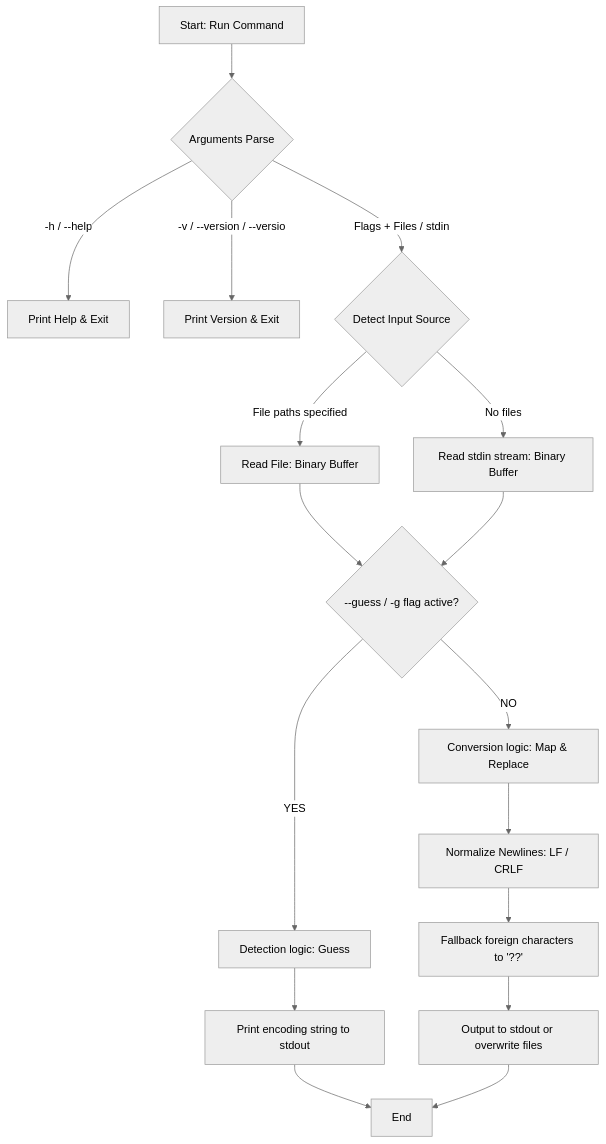
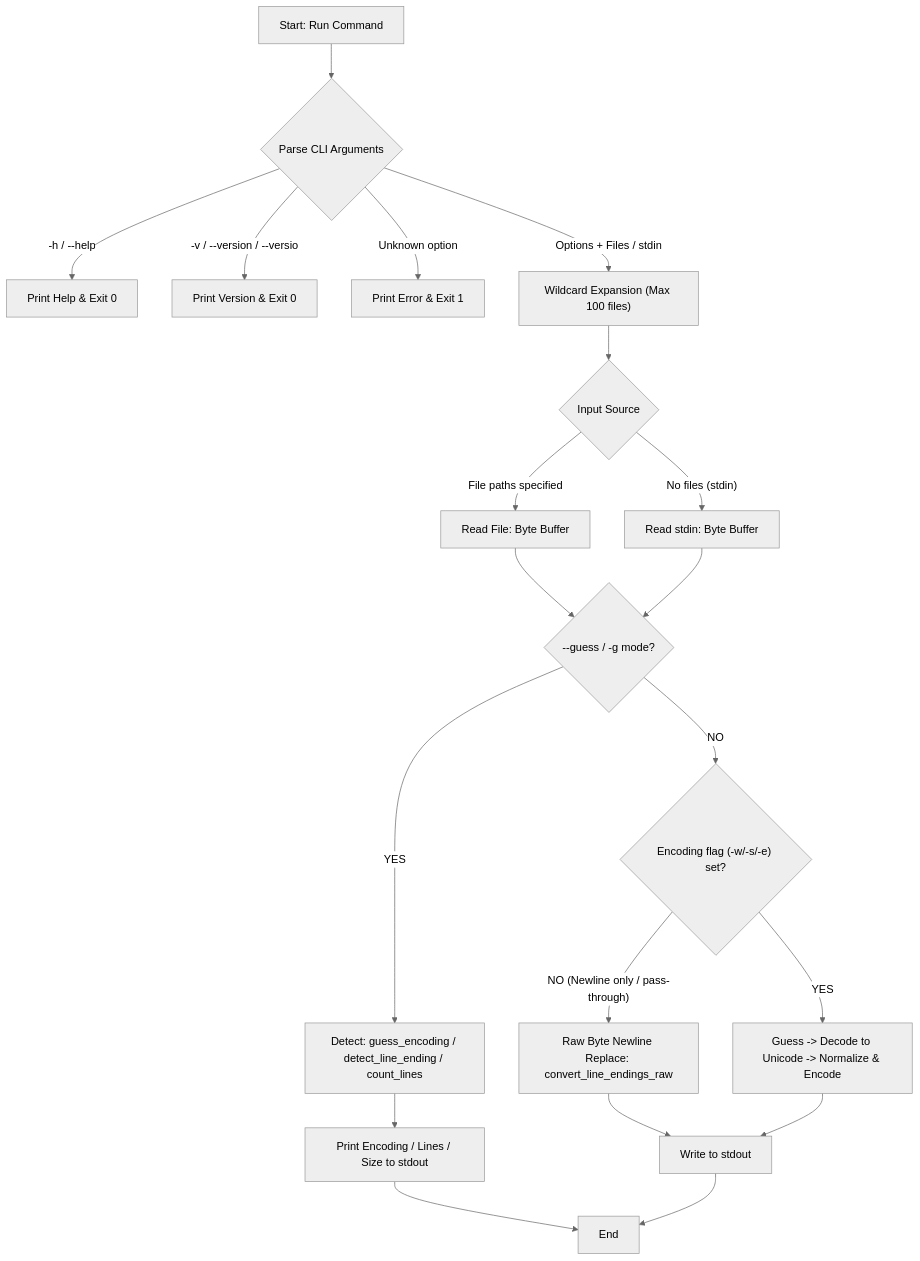
One commit to tkshnkgwr/MyNKF changed the first of 2 diagrams in docs/en/DIAGRAM.md. Above: the diagram before and after it, drawn with Mermaid (neutral theme). The commit also changed other lines of this file and 28 other files, not shown here.

````diff
--- a/docs/en/DIAGRAM.md
+++ b/docs/en/DIAGRAM.md
@@ -13,31 +13,32 @@
 ```mermaid
 graph TD
-    A[Start: Run Command] --> B{Arguments Parse}
+    A["Start: Run Command"] --> B{"Parse CLI Arguments"}
 
-    %% Branch
-    B -->|"-h / --help"| C[Print Help & Exit]
-    B -->|"-v / --version / --versio"| D[Print Version & Exit]
-    B -->|Flags + Files / stdin| E{Detect Input Source}
+    %% Argument branches
+    B -->|"-h / --help"| C["Print Help & Exit 0"]
+    B -->|"-v / --version / --versio"| D["Print Version & Exit 0"]
+    B -->|"Unknown option"| E["Print Error & Exit 1"]
+    B -->|"Options + Files / stdin"| F["Wildcard Expansion (Max 100 files)"]
 
-    %% Input Source
-    E -->|File paths specified| F[Read File: Binary Buffer]
-    E -->|No files | G[Read stdin stream: Binary Buffer]
+    %% Input source
+    F --> G{"Input Source"}
+    G -->|"File paths specified"| H["Read File: Byte Buffer"]
+    G -->|"No files (stdin)"| I["Read stdin: Byte Buffer"]
 
-    %% Heuristics vs Conversion
-    F --> H{--guess / -g flag active?}
-    G --> H
+    %% Guess vs Conversion
+    H --> J{"--guess / -g mode?"}
+    I --> J
 
-    H -->|YES| I[Detection logic: Guess]
-    H -->|NO| J[Conversion logic: Map & Replace]
+    J -->|"YES"| K["Detect: guess_encoding / detect_line_ending / count_lines"]
+    K --> L["Print Encoding / Lines / Size to stdout"]
 
-    %% Heuristics
-    I --> K[Print encoding string to stdout]
+    J -->|"NO"| M{"Encoding flag (-w/-s/-e) set?"}
+    M -->|"NO (Newline only / pass-through)"| N["Raw Byte Newline Replace: convert_line_endings_raw"]
+    M -->|"YES"| O["Guess -> Decode to Unicode -> Normalize & Encode"]
 
-    %% Conversion
-    J --> L[Normalize Newlines: LF / CRLF]
-    L --> M[Fallback foreign characters to '??']
-    M --> N[Output to stdout or overwrite files]
+    N --> P["Write to stdout"]
+    O --> P
 
-    K --> O[End]
-    N --> O
+    L --> Q["End"]
+    P --> Q
 ```
````
